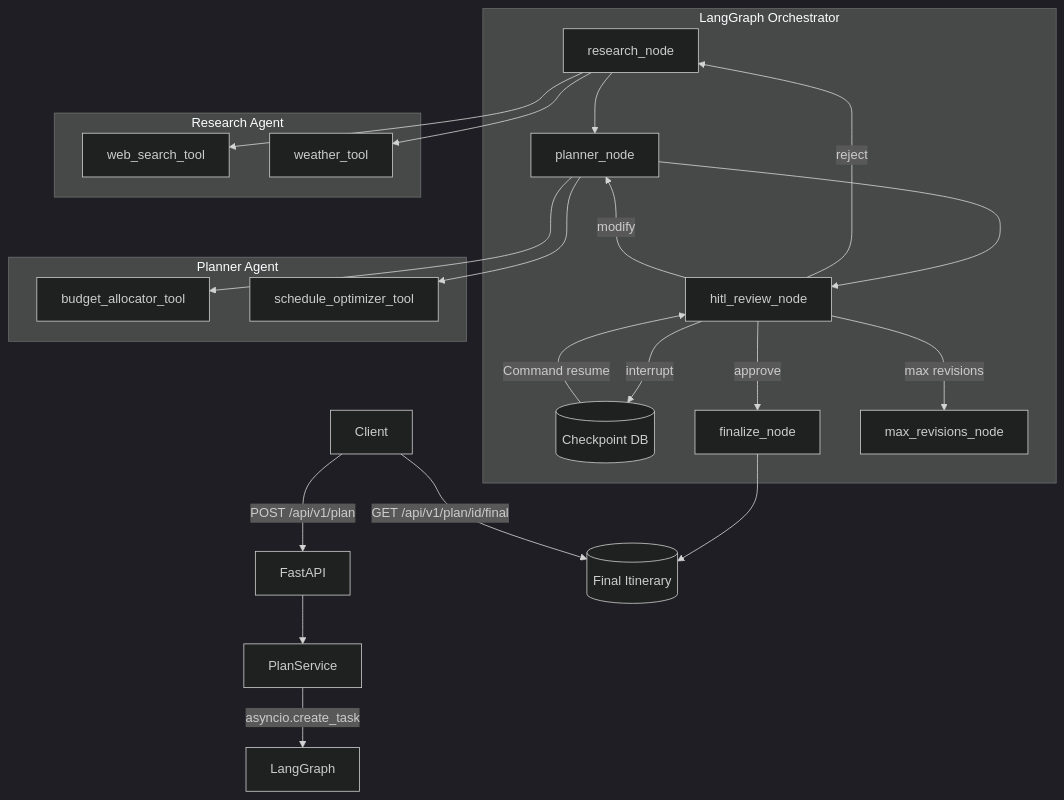
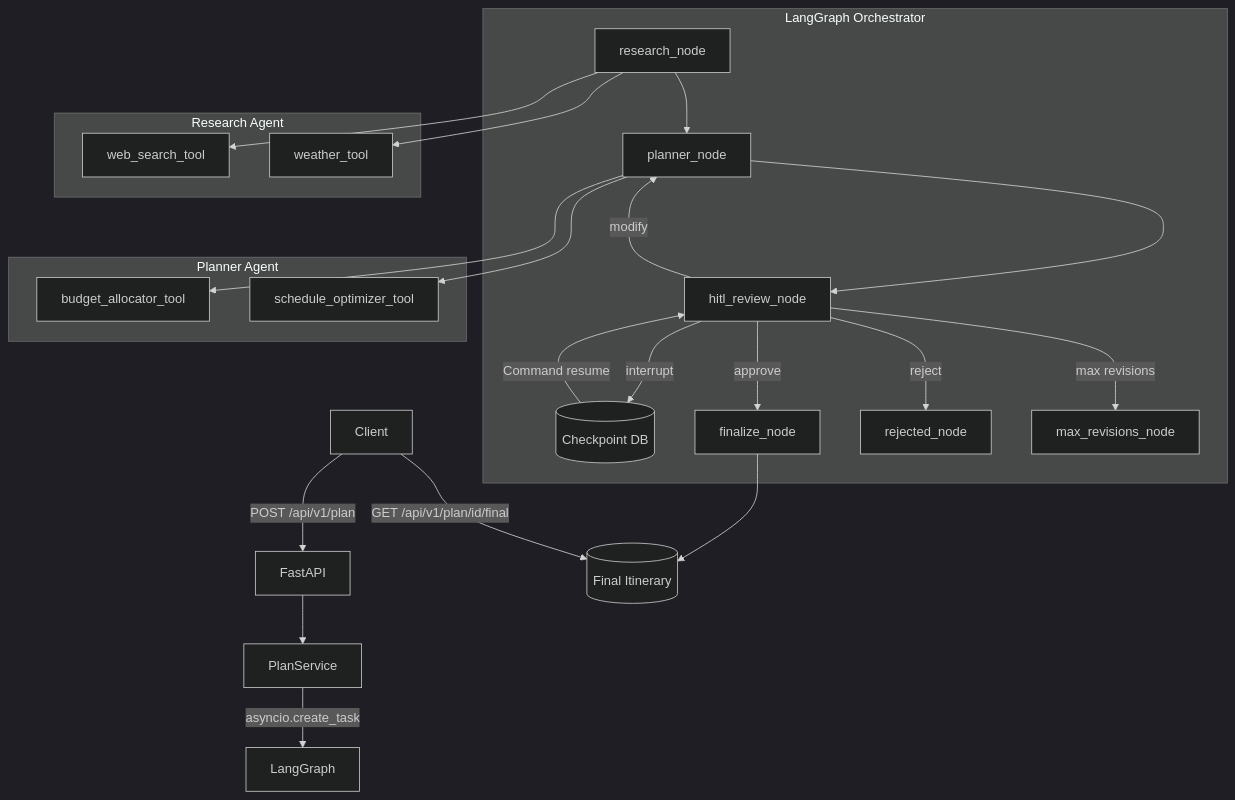
The first of 2 diagrams in README.md (vaibhavii2810/AI-Travel-Planner), drawn with Mermaid (dark theme) before and after one commit. The commit also changed other lines of this file, not shown here.

````diff
--- a/README.md
+++ b/README.md
@@ -32,30 +32,30 @@
 ```mermaid
 graph TD
     Client -->|POST /api/v1/plan| FastAPI
     FastAPI --> PlanService
     PlanService -->|asyncio.create_task| LangGraph
 
     subgraph LangGraph Orchestrator
         research_node --> planner_node
         planner_node --> hitl_review_node
         hitl_review_node -->|interrupt| PAUSE[(Checkpoint DB)]
         PAUSE -->|Command resume| hitl_review_node
         hitl_review_node -->|approve| finalize_node
-        hitl_review_node -->|reject| research_node
+        hitl_review_node -->|reject| rejected_node
         hitl_review_node -->|modify| planner_node
         hitl_review_node -->|max revisions| max_revisions_node
     end
 
     subgraph Research Agent
         research_node --> web_search_tool
         research_node --> weather_tool
     end
 
     subgraph Planner Agent
         planner_node --> budget_allocator_tool
         planner_node --> schedule_optimizer_tool
     end
 
     finalize_node --> FinalPlan[(Final Itinerary)]
     Client -->|GET /api/v1/plan/id/final| FinalPlan
 ```
````
